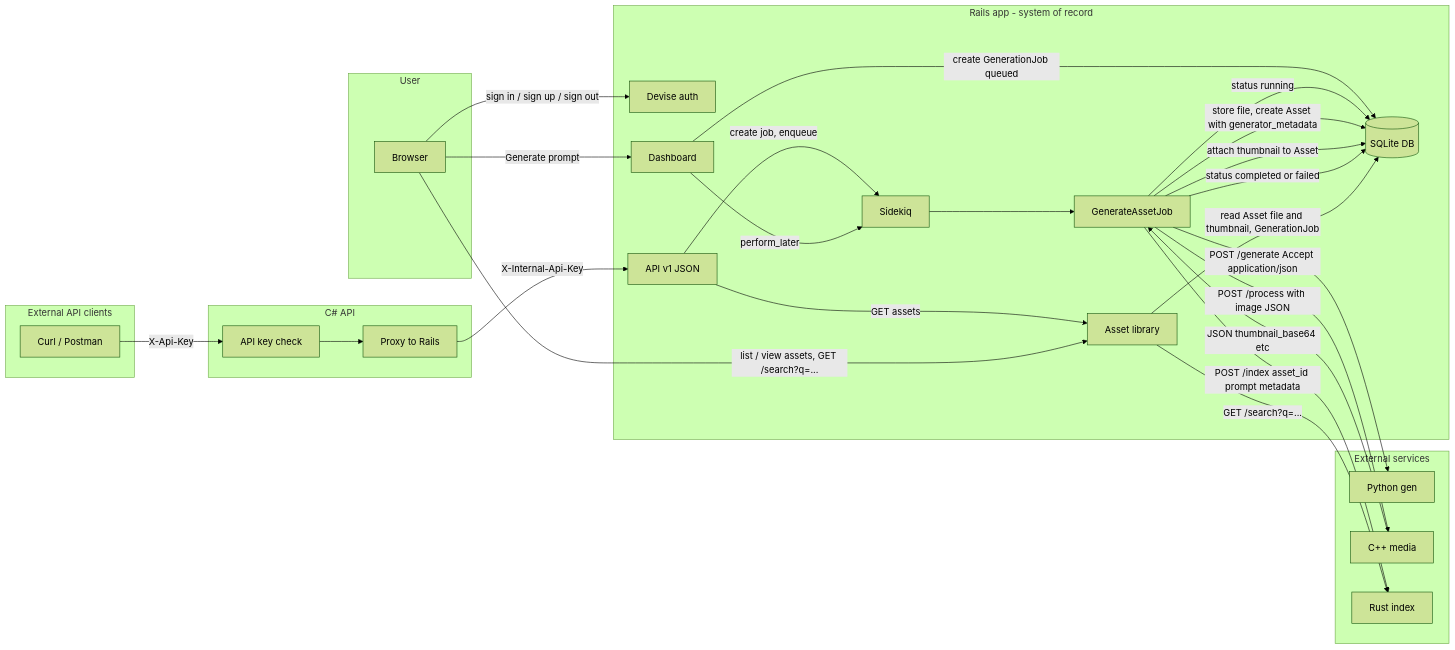
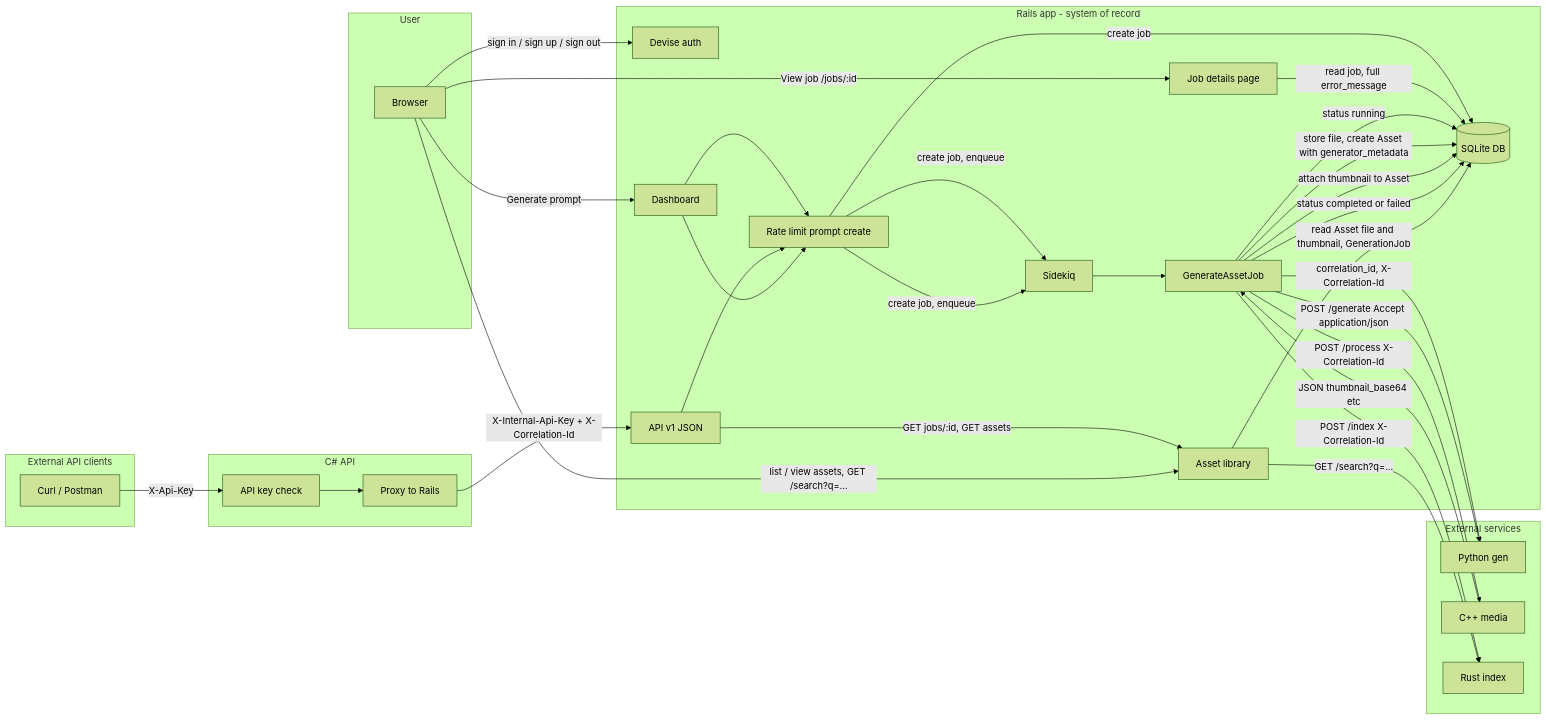
One commit to protektiq/forgeai changed the diagram in docs/data-flow.md. Above: the diagram before and after it, drawn with Mermaid (forest theme). The commit also changed other lines of this file and 19 other files, not shown here.

````diff
--- a/docs/data-flow.md
+++ b/docs/data-flow.md
@@ -5,48 +5,56 @@
 ```mermaid
 flowchart LR
   subgraph users [User]
     Browser[Browser]
   end
   subgraph external_clients [External API clients]
     Curl[Curl / Postman]
   end
   subgraph dotnet [C# API]
     ApiAuth[API key check]
     Proxy[Proxy to Rails]
   end
   subgraph rails [Rails app - system of record]
     Auth[Devise auth]
     ApiV1[API v1 JSON]
     Dashboard[Dashboard]
+    RateLimit[Rate limit prompt create]
+    JobDetails[Job details page]
     DB[(SQLite DB)]
     JobQueue[Sidekiq]
     Worker[GenerateAssetJob]
     Assets[Asset library]
   end
   subgraph external [External services]
     PythonGen[Python gen]
     CppMedia[C++ media]
     RustIndex[Rust index]
   end
   Browser -->|sign in / sign up / sign out| Auth
   Browser -->|"Generate" prompt| Dashboard
+  Dashboard --> RateLimit
+  RateLimit -->|create job, enqueue| JobQueue
   Curl -->|X-Api-Key| ApiAuth
   ApiAuth --> Proxy
-  Proxy -->|X-Internal-Api-Key| ApiV1
-  ApiV1 -->|create job, enqueue| JobQueue
-  ApiV1 -->|GET assets| Assets
-  Dashboard -->|create GenerationJob queued| DB
-  Dashboard -->|perform_later| JobQueue
+  Proxy -->|X-Internal-Api-Key + X-Correlation-Id| ApiV1
+  ApiV1 --> RateLimit
+  Dashboard --> RateLimit
+  RateLimit -->|create job, enqueue| JobQueue
+  RateLimit -->|create job| DB
+  ApiV1 -->|GET jobs/:id, GET assets| Assets
+  Browser -->|View job /jobs/:id| JobDetails
+  JobDetails -->|read job, full error_message| DB
   JobQueue --> Worker
+  Worker -->|correlation_id, X-Correlation-Id| PythonGen
   Worker -->|status running| DB
   Worker -->|POST /generate Accept application/json| PythonGen
   Worker -->|store file, create Asset with generator_metadata| DB
-  Worker -->|POST /process with image JSON| CppMedia
+  Worker -->|POST /process X-Correlation-Id| CppMedia
   CppMedia -->|JSON thumbnail_base64 etc| Worker
   Worker -->|attach thumbnail to Asset| DB
-  Worker -->|POST /index asset_id prompt metadata| RustIndex
+  Worker -->|POST /index X-Correlation-Id| RustIndex
   Worker -->|status completed or failed| DB
   Browser -->|list / view assets, GET /search?q=...| Assets
   Assets -->|GET /search?q=...| RustIndex
   Assets -->|read Asset file and thumbnail, GenerationJob| DB
 ```
````
